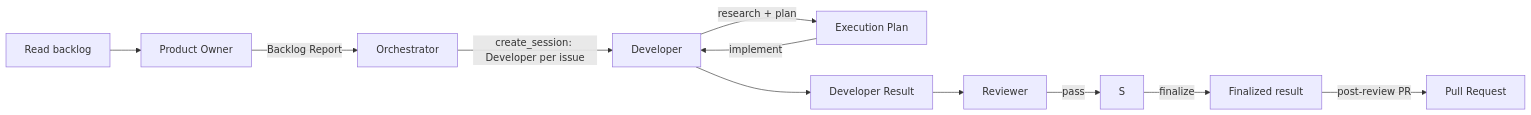
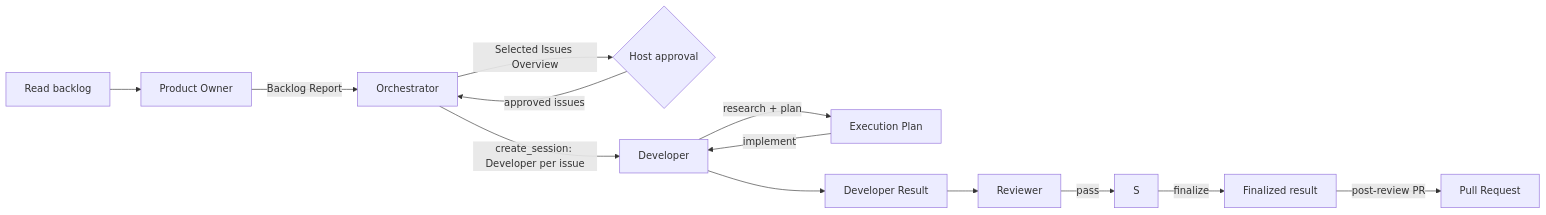
One commit to lfarci/loganfarci.com changed the diagram in docs/agents/simple-delivery.md. Above: the diagram before and after it, drawn with Mermaid. The commit also changed other lines of this file and 3 other files, not shown here.

````diff
--- a/docs/agents/simple-delivery.md
+++ b/docs/agents/simple-delivery.md
@@ -49,13 +50,15 @@
 ```mermaid
 flowchart LR
     B[Read backlog] --> PO[Product Owner]
     PO -->|Backlog Report| O[Orchestrator]
-        O -->|create_session: Developer per issue| D[Developer]
+    O -->|Selected Issues Overview| A{Host approval}
+    A -->|approved issues| O
+    O -->|create_session: Developer per issue| D[Developer]
     D -->|research + plan| P[Execution Plan]
     P -->|implement| D
     D --> R[Developer Result]
     R --> V[Reviewer]
     V -->|pass| S
     S -->|finalize| F[Finalized result]
     F -->|post-review PR| PR[Pull Request]
 ```
````
